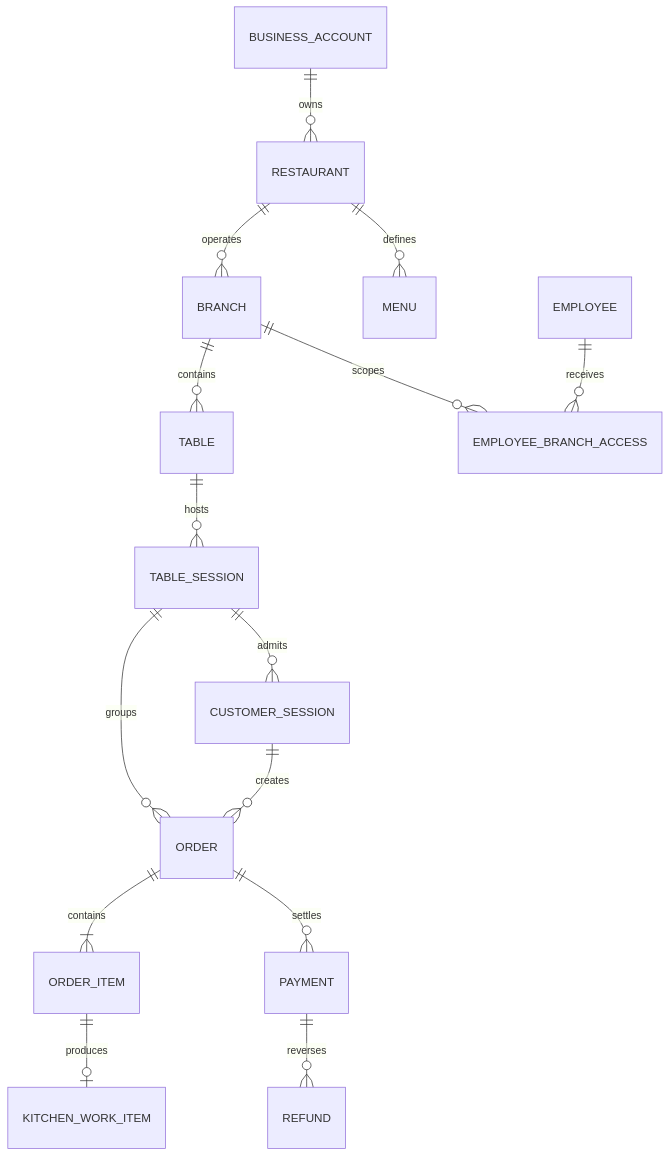
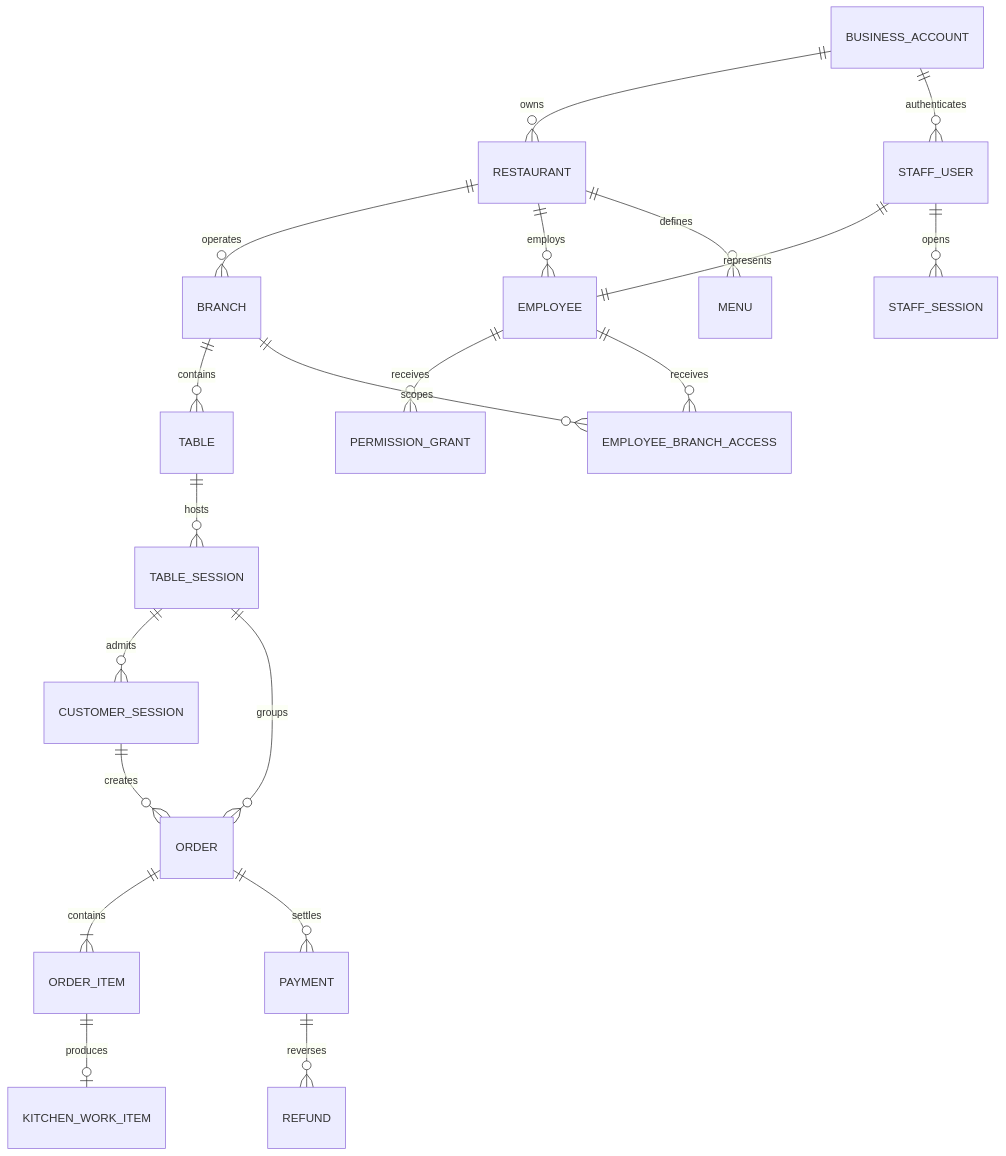
The diagram in docs/domain/model.md (YahiaKerroum/Kanoun), drawn with Mermaid before and after one commit. The commit also changed other lines of this file and 66 other files, not shown here.

````diff
--- a/docs/domain/model.md
+++ b/docs/domain/model.md
@@ -17,17 +17,22 @@
 ```mermaid
 erDiagram
     BUSINESS_ACCOUNT ||--o{ RESTAURANT : owns
+    BUSINESS_ACCOUNT ||--o{ STAFF_USER : authenticates
     RESTAURANT ||--o{ BRANCH : operates
+    RESTAURANT ||--o{ EMPLOYEE : employs
+    STAFF_USER ||--|| EMPLOYEE : represents
+    STAFF_USER ||--o{ STAFF_SESSION : opens
+    EMPLOYEE ||--o{ PERMISSION_GRANT : receives
     RESTAURANT ||--o{ MENU : defines
     BRANCH ||--o{ TABLE : contains
     BRANCH ||--o{ EMPLOYEE_BRANCH_ACCESS : scopes
     EMPLOYEE ||--o{ EMPLOYEE_BRANCH_ACCESS : receives
     TABLE ||--o{ TABLE_SESSION : hosts
     TABLE_SESSION ||--o{ CUSTOMER_SESSION : admits
     TABLE_SESSION ||--o{ ORDER : groups
     CUSTOMER_SESSION ||--o{ ORDER : creates
     ORDER ||--|{ ORDER_ITEM : contains
     ORDER ||--o{ PAYMENT : settles
     PAYMENT ||--o{ REFUND : reverses
     ORDER_ITEM ||--o| KITCHEN_WORK_ITEM : produces
 ```
````
